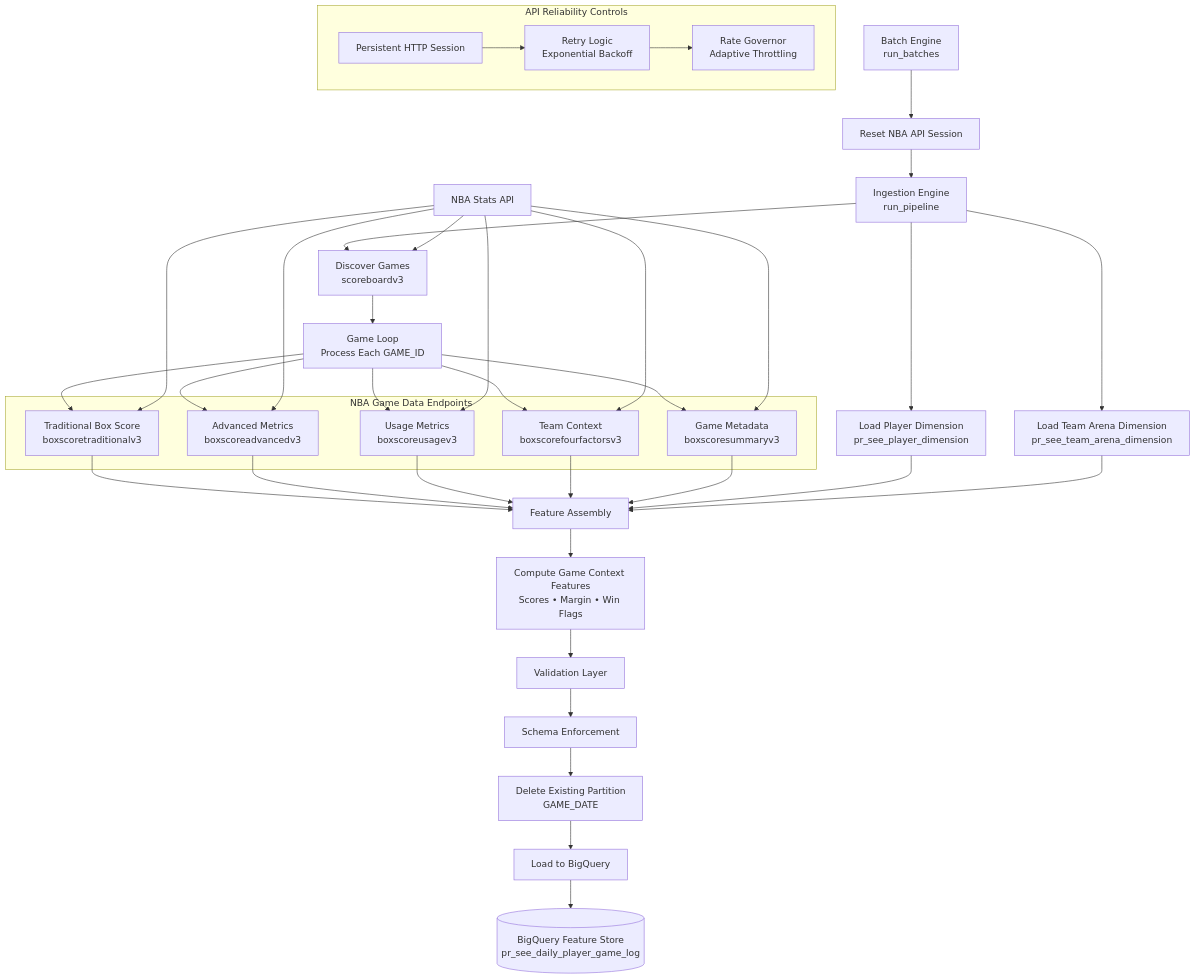
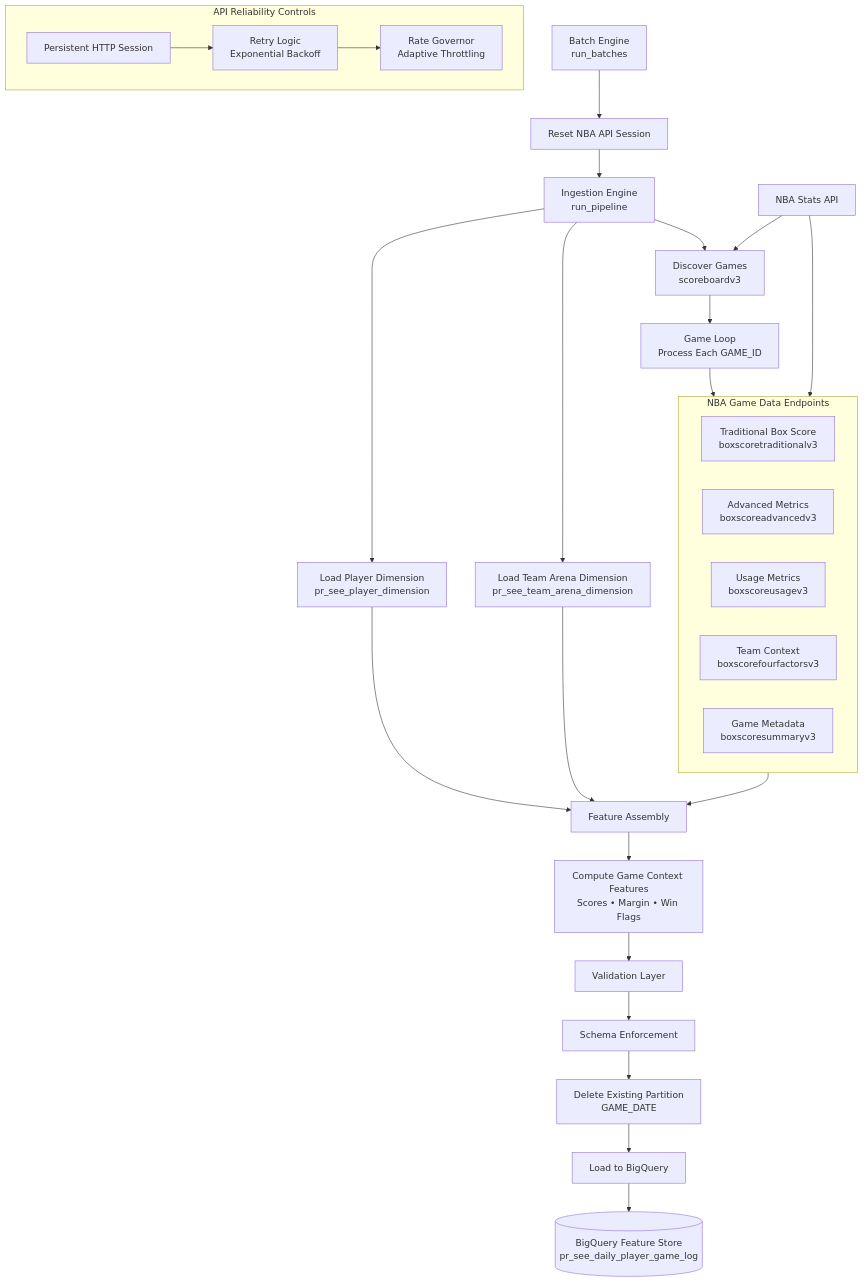
Before and after one commit to zh412/nba-feature-store: the diagram in README.md, drawn with Mermaid.

Commit message:
Update architecture diagram section

````diff
--- a/README.md
+++ b/README.md
@@ -66,7 +66,22 @@
 flowchart TD
 
 %% =========================================================
-%% ORCHESTRATION LAYER
+%% API RELIABILITY CONTROLS
+%% =========================================================
+
+subgraph RELIABILITY[API Reliability Controls]
+
+R1[Persistent HTTP Session]
+R2[Retry Logic<br>Exponential Backoff]
+R3[Rate Governor<br>Adaptive Throttling]
+
+R1 --> R2
+R2 --> R3
+
+end
+
+%% =========================================================
+%% PIPELINE ORCHESTRATION
 %% =========================================================
 
 A[Batch Engine<br>run_batches]
@@ -74,7 +89,7 @@
 B --> C[Ingestion Engine<br>run_pipeline]
 
 %% =========================================================
-%% DIMENSION TABLES
+%% DIMENSIONS
 %% =========================================================
 
 C --> D[Load Player Dimension<br>pr_see_player_dimension]
@@ -84,17 +99,18 @@
 %% GAME DISCOVERY
 %% =========================================================
 
+NBA[NBA Stats API]
+
 C --> F[Discover Games<br>scoreboardv3]
-
-NBA[NBA Stats API] --> F
+NBA --> F
 
 F --> G[Game Loop<br>Process Each GAME_ID]
 
 %% =========================================================
-%% GAME DATA COLLECTION
+%% GAME DATA ENDPOINTS
 %% =========================================================
 
-subgraph GAME_DATA_ENDPOINTS [NBA Game Data Endpoints]
+subgraph ENDPOINTS[NBA Game Data Endpoints]
 
 T1[Traditional Box Score<br>boxscoretraditionalv3]
 T2[Advanced Metrics<br>boxscoreadvancedv3]
@@ -104,33 +120,20 @@
 
 end
 
-G --> T1
-G --> T2
-G --> T3
-G --> T4
-G --> T5
-
-NBA --> T1
-NBA --> T2
-NBA --> T3
-NBA --> T4
-NBA --> T5
+G --> ENDPOINTS
+NBA --> ENDPOINTS
 
 %% =========================================================
 %% FEATURE ASSEMBLY
 %% =========================================================
 
-T1 --> H[Feature Assembly]
-T2 --> H
-T3 --> H
-T4 --> H
-T5 --> H
+ENDPOINTS --> H[Feature Assembly]
 
 D --> H
 E --> H
 
 %% =========================================================
-%% DERIVED FEATURES
+%% FEATURE ENGINEERING
 %% =========================================================
 
 H --> I[Compute Game Context Features<br>Scores • Margin • Win Flags]
@@ -150,19 +153,4 @@
 L --> M[Load to BigQuery]
 
 M --> N[(BigQuery Feature Store<br>pr_see_daily_player_game_log)]
-
-%% =========================================================
-%% API RELIABILITY CONTROLS
-%% =========================================================
-
-subgraph API_RELIABILITY [API Reliability Controls]
-
-R1[Persistent HTTP Session]
-R2[Retry Logic<br>Exponential Backoff]
-R3[Rate Governor<br>Adaptive Throttling]
-
-R1 --> R2
-R2 --> R3
-
-end
 ```
````
